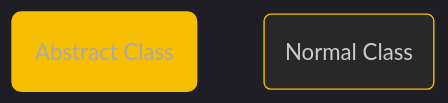
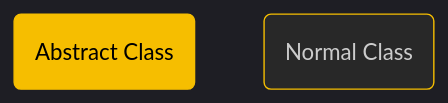
One commit to flame-engine/flame changed the first of 2 diagrams in doc/flame/diagrams/component.md. Above: the diagram before and after it, drawn with Mermaid. The commit also changed other lines of this file and 2 other files, not shown here.

Commit message:
docs: Fix mermaid graphs
Styling of the graphs were not proper and custom stylings were being
overrided by the default styling. This commit fixes that issue. There is
another issue where the arrow is not shown properly and a dimmed line is
shown, this is because of improper syntax, that also has ben changed in
this commit. And lastly, the component lifecycle graph onLoad is fixed.

````diff
--- a/doc/flame/diagrams/component.md
+++ b/doc/flame/diagrams/component.md
@@ -1,14 +1,14 @@
 ``` {mermaid}
 %%{init: { 'theme': 'dark' } }%%
   graph TD  
 
     %% Node Color %%
-    classDef yellow fill:#F6BE00,stroke:#F6BE00,stroke-width:4px,color:#AAA ;
     classDef default fill:#282828,stroke:#F6BE00;
+    classDef yellow fill:#F6BE00,color:#000;
     
     %% Nodes %%
 
     z(Abstract Class):::yellow
     x(Normal Class)
 
  ```
````
